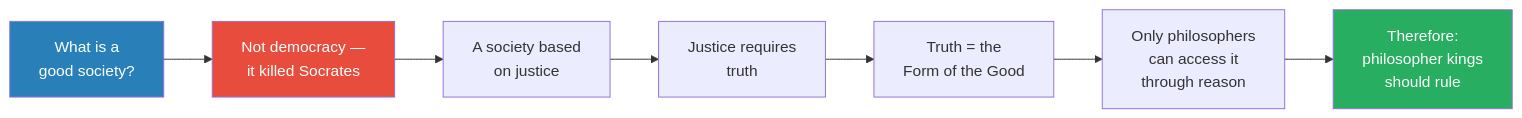
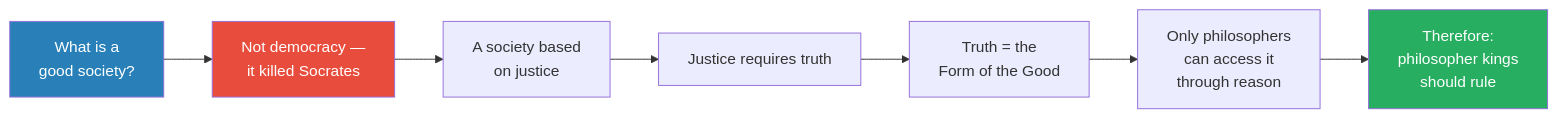
Before and after one commit to alius33/reader: the eighth of 9 diagrams in summaries/Lectures/Civilization/10 - The Trial of Socrates and Plato's Allegory of the Cave.md, drawn with Mermaid. The commit also changed other lines of this file and 26 other files, not shown here.

````diff
--- a/summaries/Lectures/Civilization/10 - The Trial of Socrates and Plato's Allegory of the Cave.md
+++ b/summaries/Lectures/Civilization/10 - The Trial of Socrates and Plato's Allegory of the Cave.md
@@ -428,12 +400,12 @@
 ```mermaid
 flowchart LR
     Q["What is a<br/>good society?"] --> ND["Not democracy —<br/>it killed Socrates"]
     ND --> J["A society based<br/>on justice"]
-    J --> T["Justice requires<br/>truth"]
+    J --> T["Justice requires truth"]
     T --> FG["Truth = the<br/>Form of the Good"]
     FG --> PH["Only philosophers<br/>can access it<br/>through reason"]
     PH --> PK["Therefore:<br/>philosopher kings<br/>should rule"]
     style Q fill:#2980b9,color:#fff
     style ND fill:#e74c3c,color:#fff
     style PK fill:#27ae60,color:#fff
 ```
````
